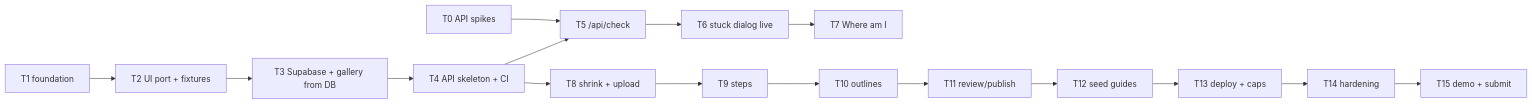
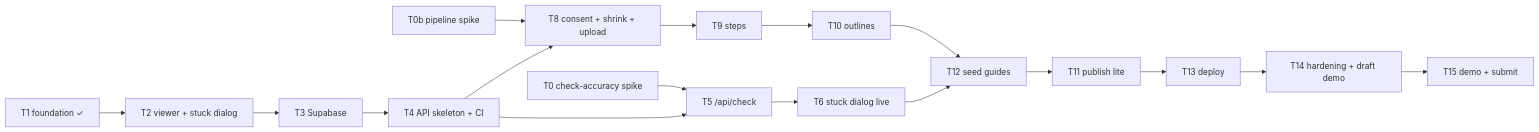
The diagram in apps/showhow/docs/TASKS.md (muhammadtalhaishtiaq/goodfix), drawn with Mermaid before and after one commit. The commit also changed other lines of this file and 14 other files, not shown here.

First line of the commit message:
Apply red-team spec fixes; T2 groundwork (geometry, stuck dialog, fixtures)

````diff
--- a/apps/showhow/docs/TASKS.md
+++ b/apps/showhow/docs/TASKS.md
@@ -15,10 +17,11 @@
 ```mermaid
 flowchart LR
-  T1[T1 foundation] --> T2[T2 UI port + fixtures]
-  T0[T0 API spikes] --> T5[T5 /api/check]
-  T2 --> T3[T3 Supabase + gallery from DB]
-  T3 --> T4[T4 API skeleton + CI]
-  T4 --> T5 --> T6[T6 stuck dialog live] --> T7[T7 Where am I]
-  T4 --> T8[T8 shrink + upload] --> T9[T9 steps] --> T10[T10 outlines] --> T11[T11 review/publish]
-  T11 --> T12[T12 seed guides] --> T13[T13 deploy + caps] --> T14[T14 hardening] --> T15[T15 demo + submit]
+  T0[T0 check-accuracy spike] --> T5[T5 /api/check]
+  T0b[T0b pipeline spike] --> T8
+  T1[T1 foundation ✓] --> T2[T2 viewer + stuck dialog]
+  T2 --> T3[T3 Supabase] --> T4[T4 API skeleton + CI]
+  T4 --> T8[T8 consent + shrink + upload] --> T9[T9 steps] --> T10[T10 outlines]
+  T4 --> T5 --> T6[T6 stuck dialog live]
+  T10 --> T12[T12 seed guides]
+  T6 --> T12 --> T11[T11 publish lite] --> T13[T13 deploy] --> T14[T14 hardening + draft demo] --> T15[T15 demo + submit]
 ```
````
